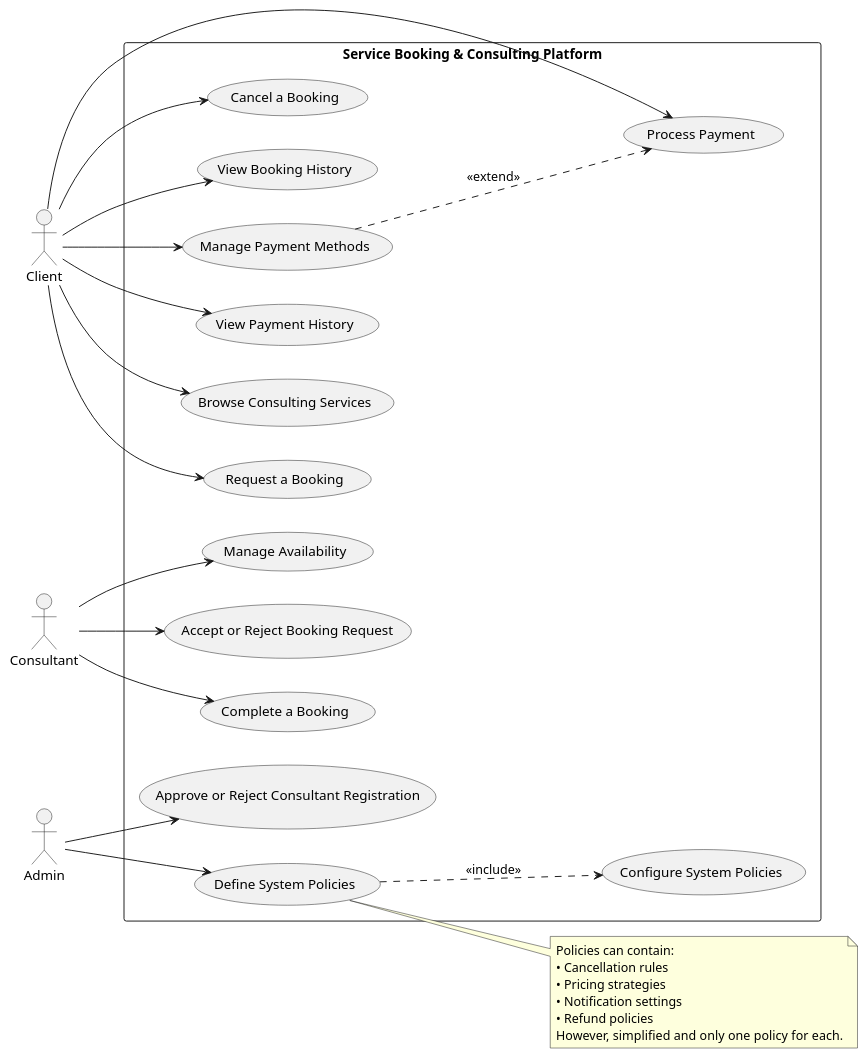
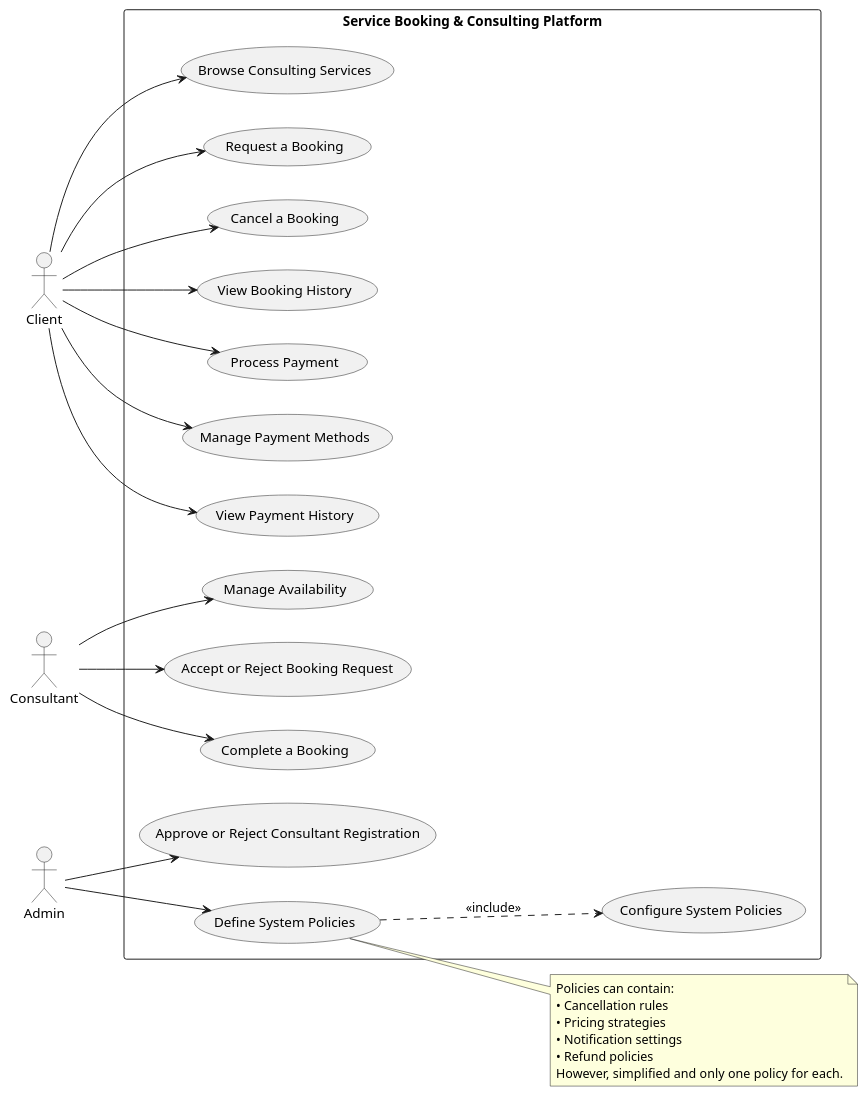
The diagram in diagrams/PlantUMLs/UseCaseDiagrm.puml (heed0ng/EECS3311NCourseProject), drawn with PlantUML before and after one commit. The commit also changed 3 other files, not shown here.

```diff
--- a/diagrams/PlantUMLs/UseCaseDiagrm.puml
+++ b/diagrams/PlantUMLs/UseCaseDiagrm.puml
@@ -1,53 +1,52 @@
 @startuml
 left to right direction
 
 actor "Client"
 actor "Consultant"
 actor "Admin"
 
 rectangle "Service Booking & Consulting Platform" {
   usecase "Browse Consulting Services" as UC1
   usecase "Request a Booking" as UC2
   usecase "Cancel a Booking" as UC3
   usecase "View Booking History" as UC4
   usecase "Process Payment" as UC5
   usecase "Manage Payment Methods" as UC6
   usecase "View Payment History" as UC7
 
   usecase "Manage Availability" as UC8
   usecase "Accept or Reject Booking Request" as UC9
   usecase "Complete a Booking" as UC10
 
   usecase "Approve or Reject Consultant Registration" as UC11
   usecase "Define System Policies" as UC12
   usecase "Configure System Policies" as UC12.1
 }
 
 Client --> UC1
 Client --> UC2
 Client --> UC3
 Client --> UC4
 Client --> UC5
 Client --> UC6
 Client --> UC7
 
 Consultant --> UC8
 Consultant --> UC9
 Consultant --> UC10
 
 Admin --> UC11
 Admin --> UC12
 
-UC6 ..> UC5 : <<extend>>
 UC12 ..> UC12.1 : <<include>>
 
 note right of UC12
 Policies can contain:  
 • Cancellation rules 
 • Pricing strategies 
 • Notification settings 
 • Refund policies
 However, simplified and only one policy for each.
 end note
 
 @enduml
```
